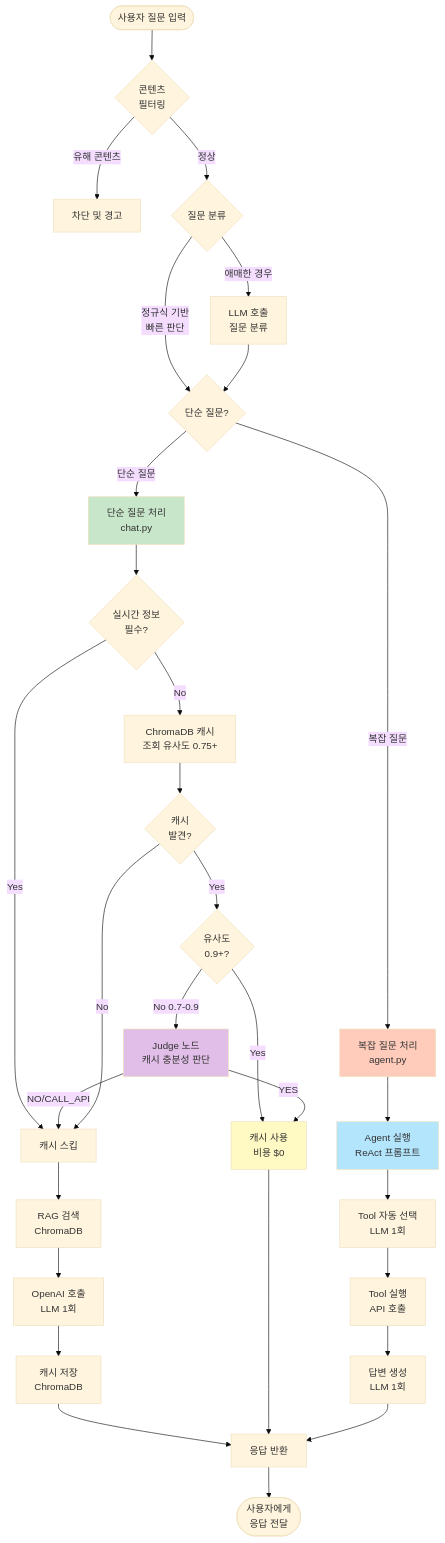
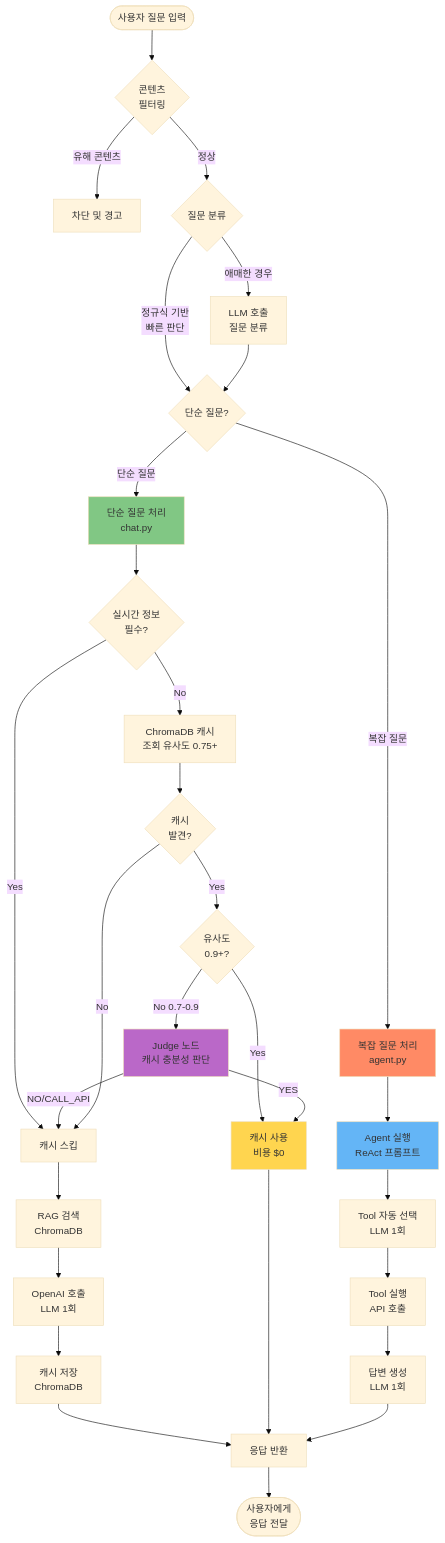
One commit to seolmiseon/fsf-llm-platform changed the second of 6 diagrams in FSF_ARCHITECTURE_DIAGRAM.md. Above: the diagram before and after it, drawn with Mermaid (base theme). The commit also changed other lines of this file and 6 other files, not shown here.

````diff
--- a/FSF_ARCHITECTURE_DIAGRAM.md
+++ b/FSF_ARCHITECTURE_DIAGRAM.md
@@ -111,46 +133,46 @@
 ```mermaid
 flowchart TD
     Start([사용자 질문 입력]) --> ContentCheck{콘텐츠<br/>필터링}
     ContentCheck -->|유해 콘텐츠| Block[차단 및 경고]
     ContentCheck -->|정상| QuestionType{질문 분류}
 
     QuestionType -->|정규식 기반<br/>빠른 판단| SimpleCheck{단순 질문?}
     QuestionType -->|애매한 경우| LLMCheck[LLM 호출<br/>질문 분류]
     LLMCheck --> SimpleCheck
 
     SimpleCheck -->|단순 질문| SimpleFlow[단순 질문 처리<br/>chat.py]
     SimpleCheck -->|복잡 질문| ComplexFlow[복잡 질문 처리<br/>agent.py]
 
     SimpleFlow --> RealtimeCheck{실시간 정보<br/>필수?}
     RealtimeCheck -->|Yes| SkipCache[캐시 스킵]
     RealtimeCheck -->|No| CacheLookup[ChromaDB 캐시<br/>조회 유사도 0.75+]
 
     CacheLookup --> CacheFound{캐시<br/>발견?}
     CacheFound -->|Yes| SimilarityCheck{유사도<br/>0.9+?}
     SimilarityCheck -->|Yes| UseCache[캐시 사용<br/>비용 $0]
     SimilarityCheck -->|No 0.7-0.9| Judge[Judge 노드<br/>캐시 충분성 판단]
     Judge -->|YES| UseCache
     Judge -->|NO/CALL_API| SkipCache
 
     CacheFound -->|No| SkipCache
     SkipCache --> RAGSearch[RAG 검색<br/>ChromaDB]
     RAGSearch --> LLMCall[OpenAI 호출<br/>LLM 1회]
     LLMCall --> SaveCache[캐시 저장<br/>ChromaDB]
     SaveCache --> Response[응답 반환]
 
     UseCache --> Response
 
     ComplexFlow --> AgentExec[Agent 실행<br/>ReAct 프롬프트]
     AgentExec --> ToolSelect[Tool 자동 선택<br/>LLM 1회]
     ToolSelect --> ToolExec[Tool 실행<br/>API 호출]
     ToolExec --> AnswerGen[답변 생성<br/>LLM 1회]
     AnswerGen --> Response
 
     Response --> End([사용자에게<br/>응답 전달])
 
-    style SimpleFlow fill:#c8e6c9
-    style ComplexFlow fill:#ffccbc
-    style UseCache fill:#fff9c4
-    style Judge fill:#e1bee7
-    style AgentExec fill:#b3e5fc
+    style SimpleFlow fill:#81C784
+    style ComplexFlow fill:#FF8A65
+    style UseCache fill:#FFD54F
+    style Judge fill:#BA68C8
+    style AgentExec fill:#64B5F6
 ```
````
